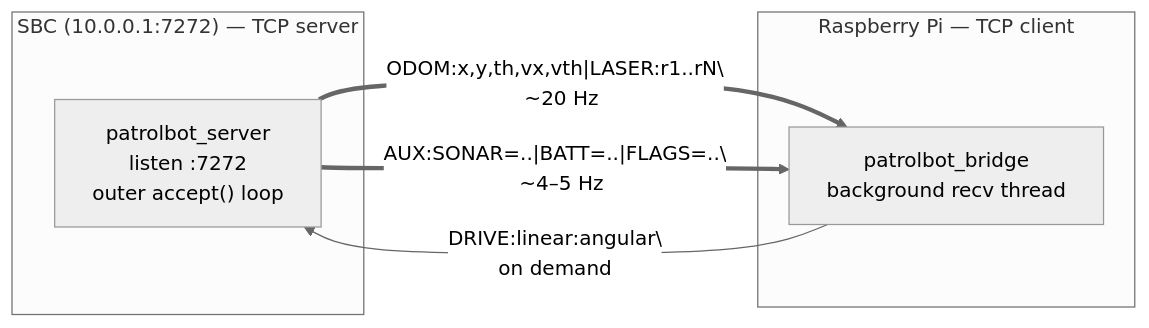
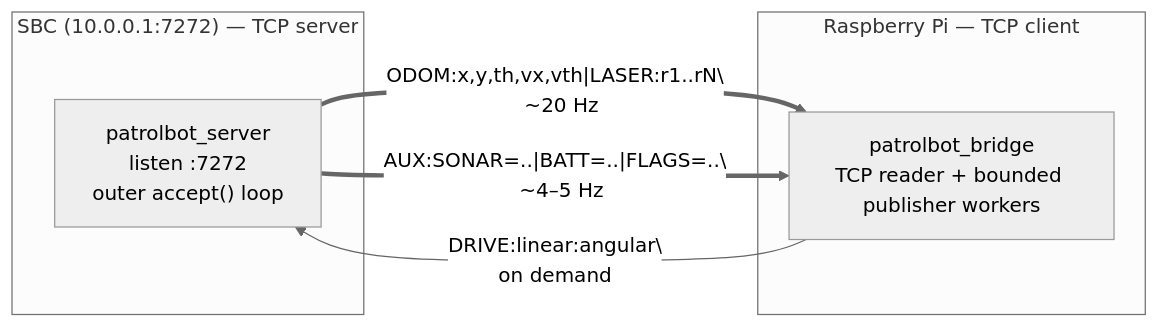
Before and after one commit to cmu-impactlab/patrolbot: the first of 2 diagrams in docs/architecture/communication-architecture.md, drawn with Mermaid (neutral theme). The commit also changed other lines of this file and 11 other files, not shown here.

````diff
--- a/docs/architecture/communication-architecture.md
+++ b/docs/architecture/communication-architecture.md
@@ -15,13 +15,13 @@
 ```mermaid
 flowchart LR
     subgraph SBC["SBC (10.0.0.1:7272) — TCP server"]
         SRV["patrolbot_server\nlisten :7272\nouter accept() loop"]
     end
     subgraph PI["Raspberry Pi — TCP client"]
-        BR["patrolbot_bridge\nbackground recv thread"]
+        BR["patrolbot_bridge\nTCP reader + bounded publisher workers"]
     end
 
     SRV ==>|"ODOM:x,y,th,vx,vth|LASER:r1..rN\\n  ~20 Hz"| BR
     SRV ==>|"AUX:SONAR=..|BATT=..|FLAGS=..\\n  ~4–5 Hz"| BR
     BR  -->|"DRIVE:linear:angular\\n  on demand"| SRV
 ```
````
